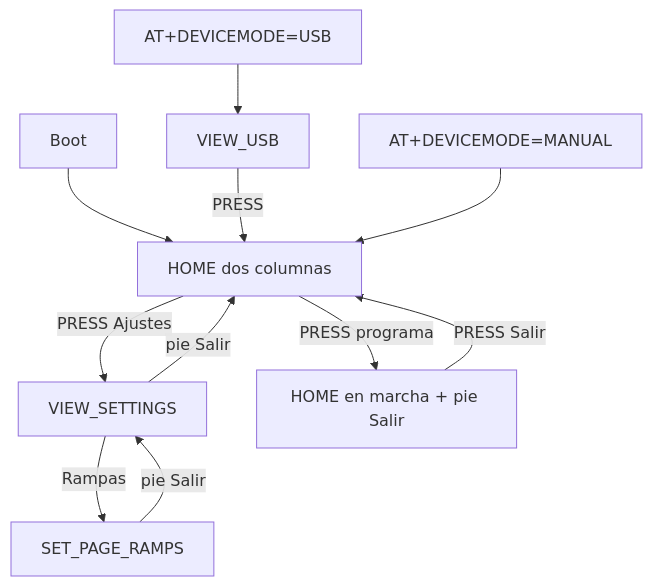
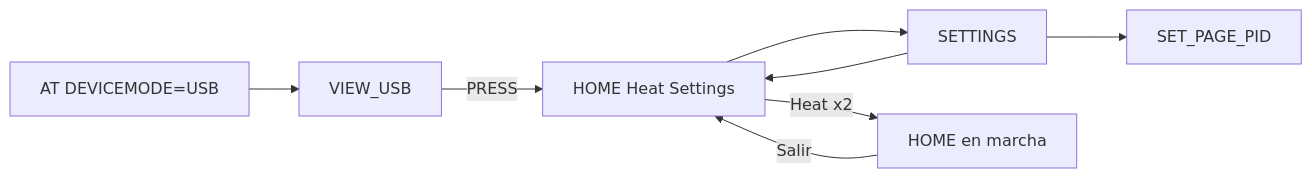
One commit to krisskira/smd-soldering-hotplate changed the second of 3 diagrams in doc/architecture.md. Above: the diagram before and after it, drawn with Mermaid. The commit also changed other lines of this file and 40 other files, not shown here.

````diff
--- a/doc/architecture.md
+++ b/doc/architecture.md
@@ -123,13 +70,15 @@
 ```mermaid
-flowchart TD
-    boot["Boot"] --> home["HOME dos columnas"]
-    home -->|"PRESS Ajustes"| set["VIEW_SETTINGS"]
-    home -->|"PRESS programa"| run["HOME en marcha + pie Salir"]
-    run -->|"PRESS Salir"| home
-    set -->|"pie Salir"| home
-    set -->|"Rampas"| ramps["SET_PAGE_RAMPS"]
-    ramps -->|"pie Salir"| set
-    atUsb["AT+DEVICEMODE=USB"] --> usb["VIEW_USB"]
-    usb -->|"PRESS"| home
-    atMan["AT+DEVICEMODE=MANUAL"] --> home
+flowchart LR
+  home["HOME Heat Settings"]
+  set["SETTINGS"]
+  pid["SET_PAGE_PID"]
+  run["HOME en marcha"]
+  usb["VIEW_USB"]
+  home -->|Heat x2| run
+  home --> set
+  set --> pid
+  set --> home
+  run -->|Salir| home
+  atUsb["AT DEVICEMODE=USB"] --> usb
+  usb -->|PRESS| home
 ```
````
